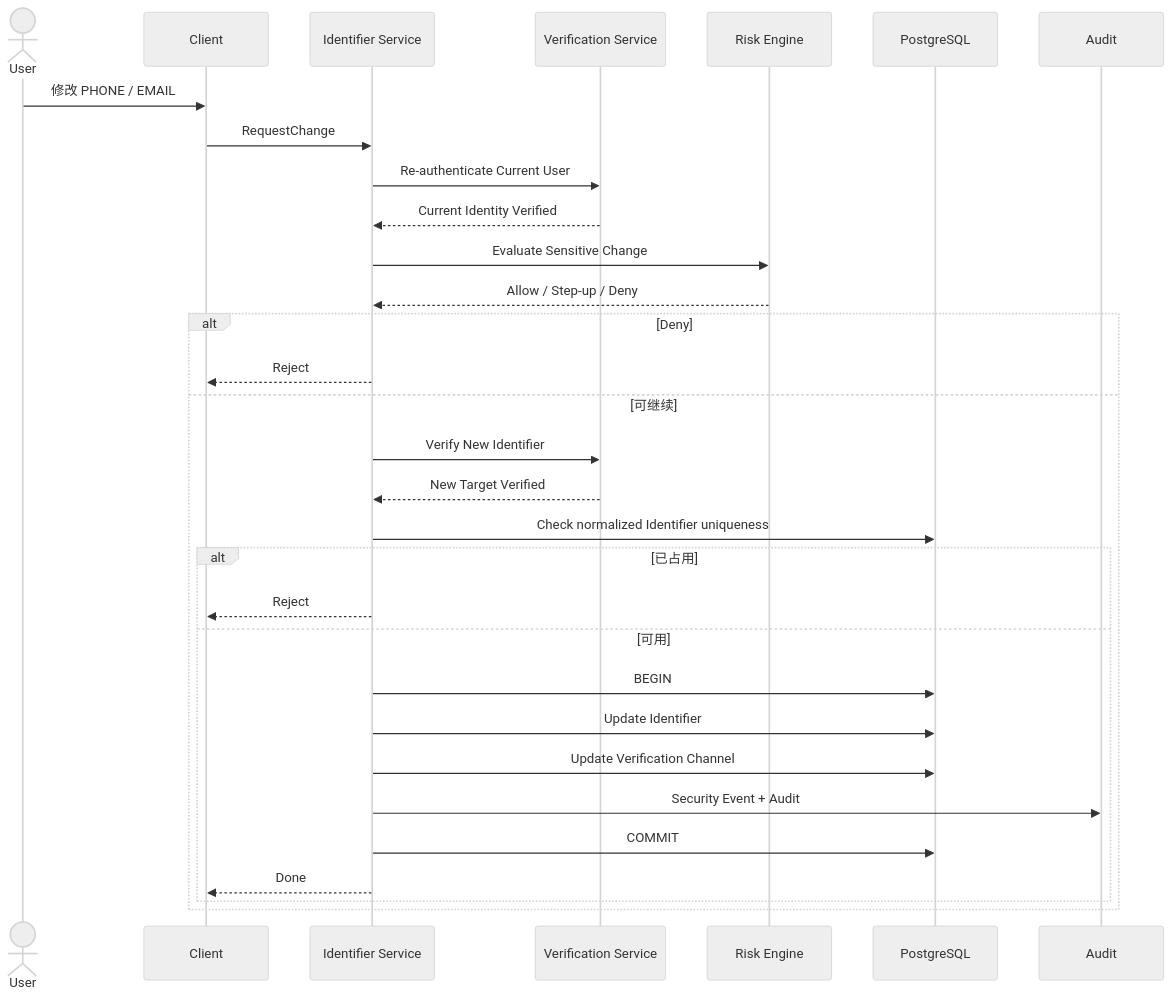
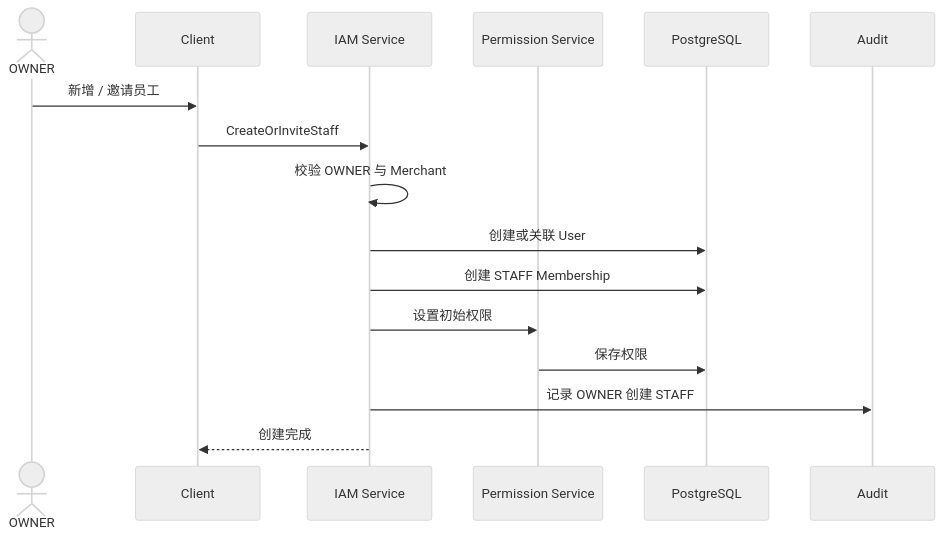
The fourth of 8 diagrams in docs/system-design/01-账户与身份/03-用户资料与账号管理.md (sxyq/mastergoods), drawn with Mermaid (neutral theme) before and after one commit. The commit also changed other lines of this file and 12 other files, not shown here.

Commit message:
docs(system-design): sync detailed design and explain flows

````diff
--- a/docs/system-design/01-账户与身份/03-用户资料与账号管理.md
+++ b/docs/system-design/01-账户与身份/03-用户资料与账号管理.md
@@ -149,38 +131,21 @@
 ```mermaid
 sequenceDiagram
-    actor U as User
+    actor O as OWNER
     participant C as Client
-    participant IAM as Identifier Service
-    participant VERIFY as Verification Service
-    participant RISK as Risk Engine
+    participant IAM as IAM Service
+    participant PERM as Permission Service
     participant DB as PostgreSQL
     participant AUDIT as Audit
 
-    U->>C: 修改 PHONE / EMAIL
-    C->>IAM: RequestChange
+    O->>C: 新增 / 邀请员工
+    C->>IAM: CreateOrInviteStaff
 
-    IAM->>VERIFY: Re-authenticate Current User
-    VERIFY-->>IAM: Current Identity Verified
+    IAM->>IAM: 校验 OWNER 与 Merchant
+    IAM->>DB: 创建或关联 User
+    IAM->>DB: 创建 STAFF Membership
+    IAM->>PERM: 设置初始权限
+    PERM->>DB: 保存权限
+    IAM->>AUDIT: 记录 OWNER 创建 STAFF
 
-    IAM->>RISK: Evaluate Sensitive Change
-    RISK-->>IAM: Allow / Step-up / Deny
-
-    alt Deny
-        IAM-->>C: Reject
-    else 可继续
-        IAM->>VERIFY: Verify New Identifier
-        VERIFY-->>IAM: New Target Verified
-        IAM->>DB: Check normalized Identifier uniqueness
-
-        alt 已占用
-            IAM-->>C: Reject
-        else 可用
-            IAM->>DB: BEGIN
-            IAM->>DB: Update Identifier
-            IAM->>DB: Update Verification Channel
-            IAM->>AUDIT: Security Event + Audit
-            IAM->>DB: COMMIT
-            IAM-->>C: Done
-        end
-    end
+    IAM-->>C: 创建完成
 ```
````
